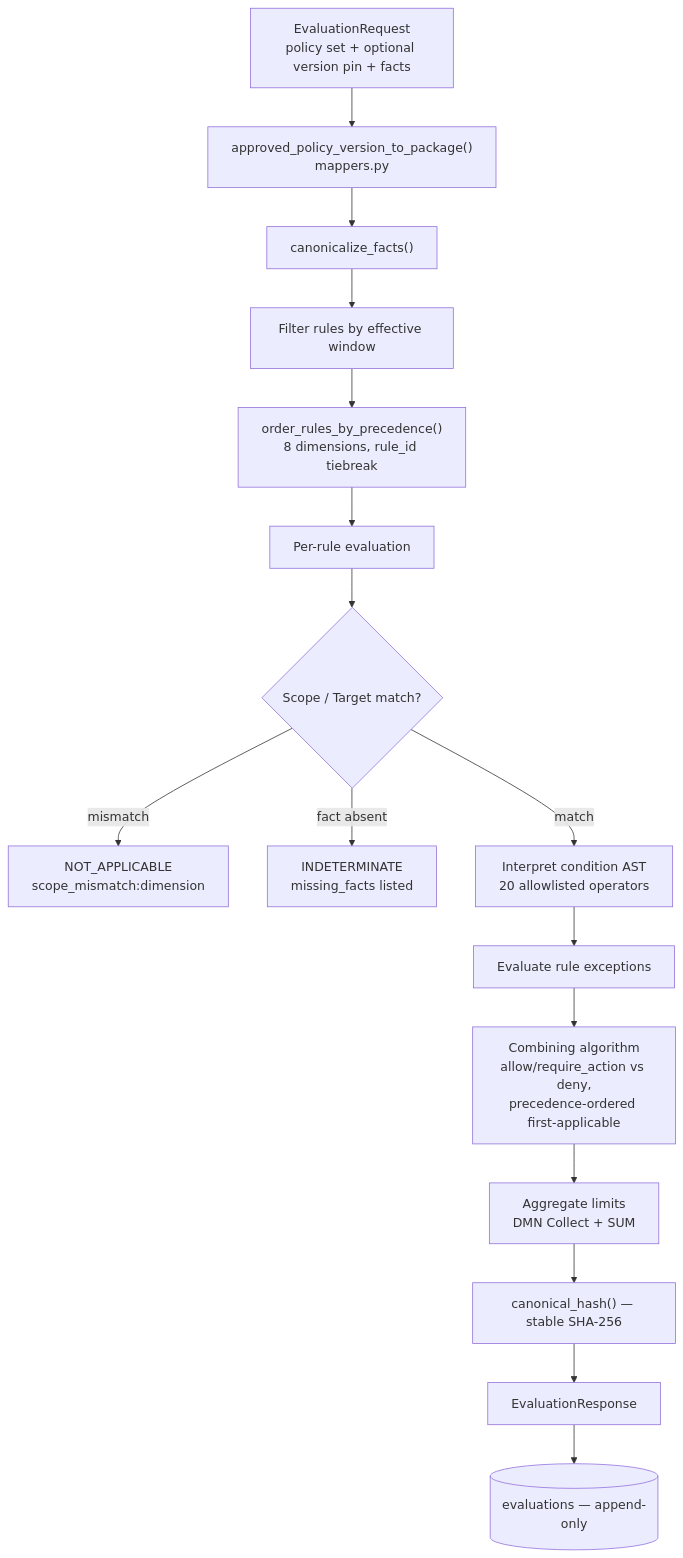
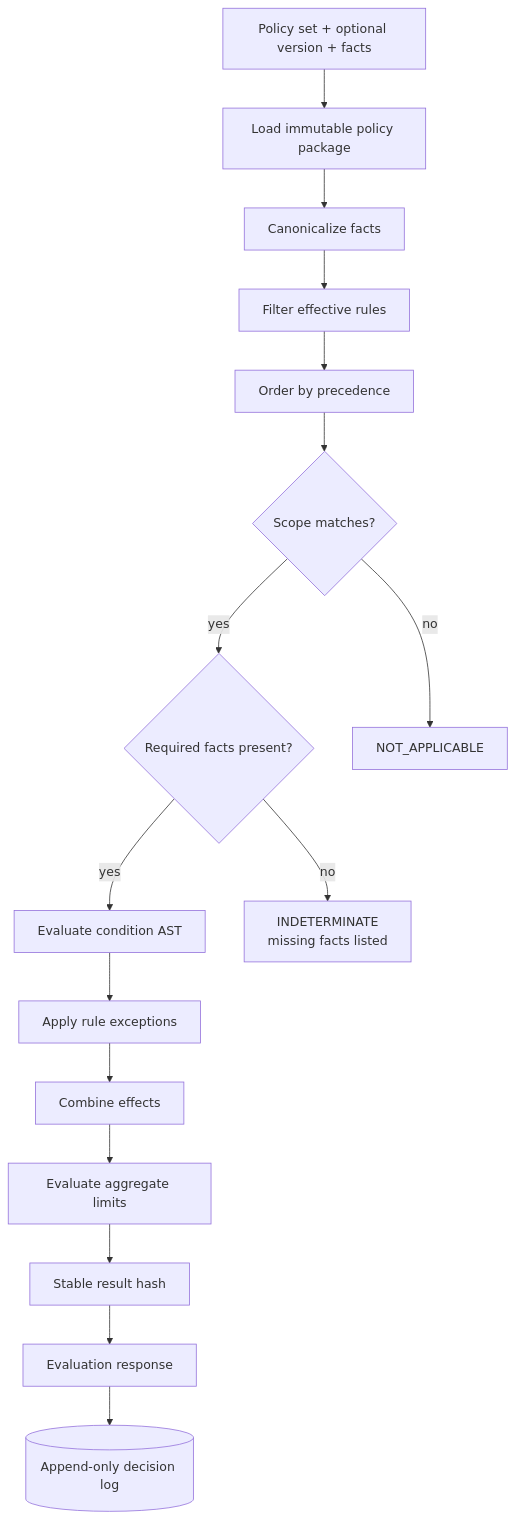
Before and after one commit to taomar/policy-governance-engine: the third of 7 diagrams in docs/capability-flows.md, drawn with Mermaid. The commit also changed other lines of this file and 3 other files, not shown here.

Commit message:
docs: simplify document control flows

````diff
--- a/docs/capability-flows.md
+++ b/docs/capability-flows.md
@@ -326,24 +74,23 @@
 ```mermaid
 flowchart TD
-    Req["EvaluationRequest<br/>policy set + optional version pin + facts"]
-    Pkg["approved_policy_version_to_package()<br/>mappers.py"]
-    Canon["canonicalize_facts()"]
-    Win["Filter rules by effective window"]
-    Ord["order_rules_by_precedence()<br/>8 dimensions, rule_id tiebreak"]
-    PerRule["Per-rule evaluation"]
-    Tgt{"Scope / Target match?"}
-    NA["NOT_APPLICABLE<br/>scope_mismatch:dimension"]
-    IND["INDETERMINATE<br/>missing_facts listed"]
-    Cond["Interpret condition AST<br/>20 allowlisted operators"]
-    Exc["Evaluate rule exceptions"]
-    Comb["Combining algorithm<br/>allow/require_action vs deny,<br/>precedence-ordered first-applicable"]
-    Agg["Aggregate limits<br/>DMN Collect + SUM"]
-    Hash["canonical_hash() — stable SHA-256"]
-    Resp["EvaluationResponse"]
-    Log[("evaluations — append-only")]
+    Request["Policy set + optional version + facts"]
+    Package["Load immutable policy package"]
+    Facts["Canonicalize facts"]
+    Window["Filter effective rules"]
+    Order["Order by precedence"]
+    Scope{"Scope matches?"}
+    Missing{"Required facts present?"}
+    Condition["Evaluate condition AST"]
+    Exception["Apply rule exceptions"]
+    Combine["Combine effects"]
+    Aggregate["Evaluate aggregate limits"]
+    Hash["Stable result hash"]
+    Response["Evaluation response"]
+    Log[("Append-only decision log")]
 
-    Req --> Pkg --> Canon --> Win --> Ord --> PerRule --> Tgt
-    Tgt -- mismatch --> NA
-    Tgt -- fact absent --> IND
-    Tgt -- match --> Cond --> Exc --> Comb --> Agg --> Hash --> Resp --> Log
+    Request --> Package --> Facts --> Window --> Order --> Scope
+    Scope -- no --> NA["NOT_APPLICABLE"]
+    Scope -- yes --> Missing
+    Missing -- no --> IND["INDETERMINATE<br/>missing facts listed"]
+    Missing -- yes --> Condition --> Exception --> Combine --> Aggregate --> Hash --> Response --> Log
 ```
````
